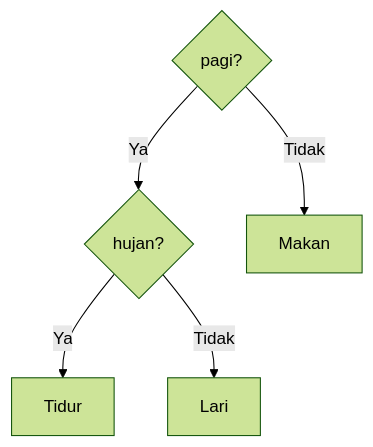
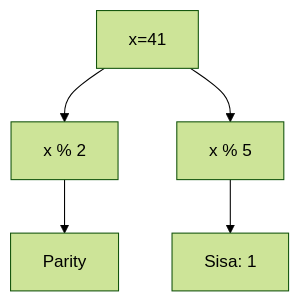
Diagram 16 of 25 in part-c-pemahaman-cpp/02-percabangan/latihan/set-01.md (amnahwaida/OSNK_INF_PREP), drawn with Mermaid (forest theme) before and after one commit. The commit also changed other lines of this file and 71 other files, not shown here.

````diff
--- a/part-c-pemahaman-cpp/02-percabangan/latihan/set-01.md
+++ b/part-c-pemahaman-cpp/02-percabangan/latihan/set-01.md
@@ -498,7 +472,7 @@
 ```mermaid
 graph TD
-    A{pagi?} -- Ya --> B{hujan?}
-    A -- Tidak --> C[Makan]
-    B -- Ya --> D[Tidur]
-    B -- Tidak --> E[Lari]
+A[x=41] --> B[x % 2]
+B --> C[Parity]
+A --> D[x % 5]
+D --> E[Sisa: 1]
 ```
````
